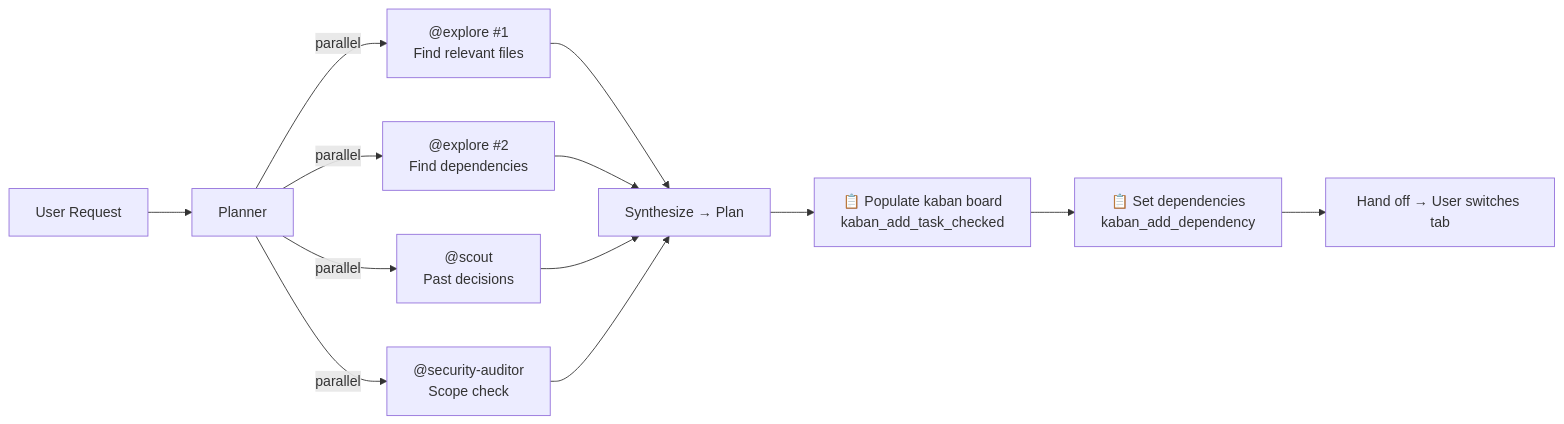
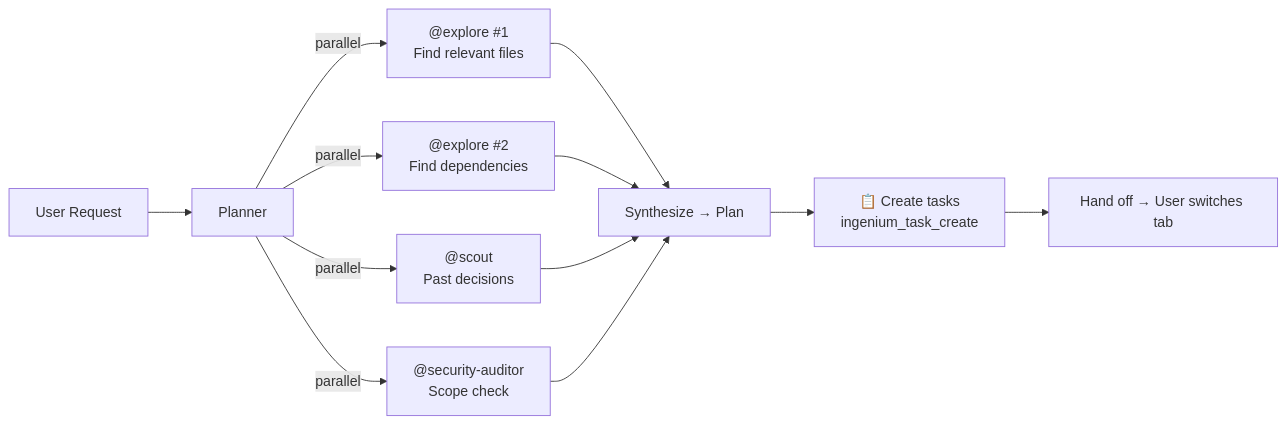
The third of 4 diagrams in docs/agents.md (jtmb/ingenium), drawn with Mermaid before and after one commit. The commit also changed other lines of this file and 15 other files, not shown here.

````diff
--- a/docs/agents.md
+++ b/docs/agents.md
@@ -370,15 +352,14 @@
 ```mermaid
 flowchart LR
     REQ["User Request"] -->     P["Planner"]
     P -->|parallel| E1["@explore #1<br/>Find relevant files"]
     P -->|parallel| E2["@explore #2<br/>Find dependencies"]
     P -->|parallel| SC["@scout<br/>Past decisions"]
     P -->|parallel| SA["@security-auditor<br/>Scope check"]
     E1 --> SYNTH["Synthesize → Plan"]
     E2 --> SYNTH
     SC --> SYNTH
     SA --> SYNTH
-    SYNTH --> KABAN["📋 Populate kaban board<br/>kaban_add_task_checked"]
-    KABAN --> DEP["📋 Set dependencies<br/>kaban_add_dependency"]
-    DEP --> HANDOFF["Hand off → User switches tab"]
+    SYNTH --> TASK["📋 Create tasks<br/>ingenium_task_create"]
+    TASK --> HANDOFF["Hand off → User switches tab"]
 ```
````
